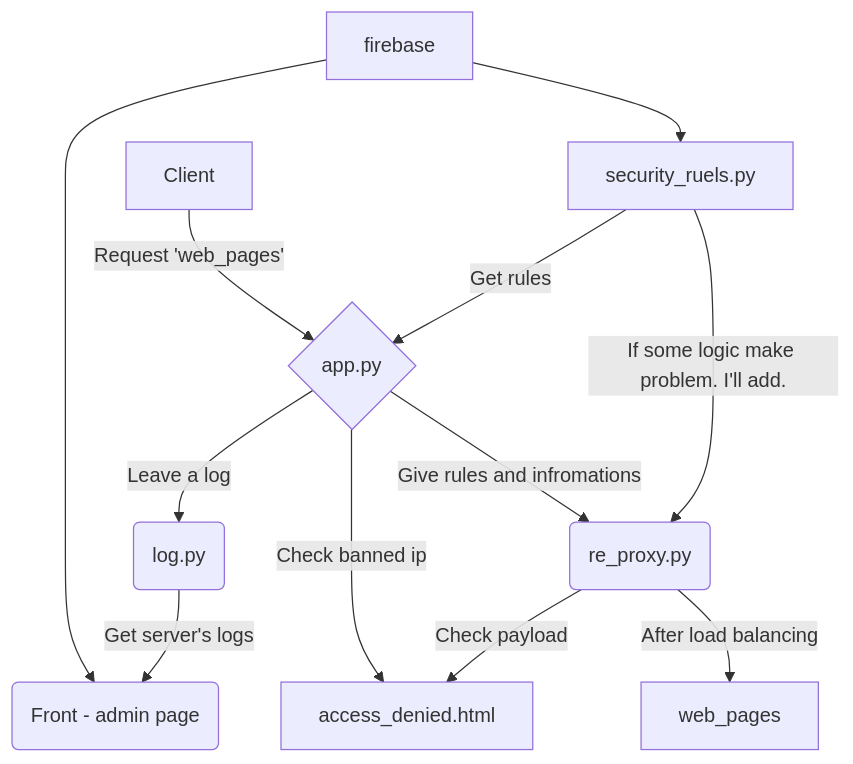
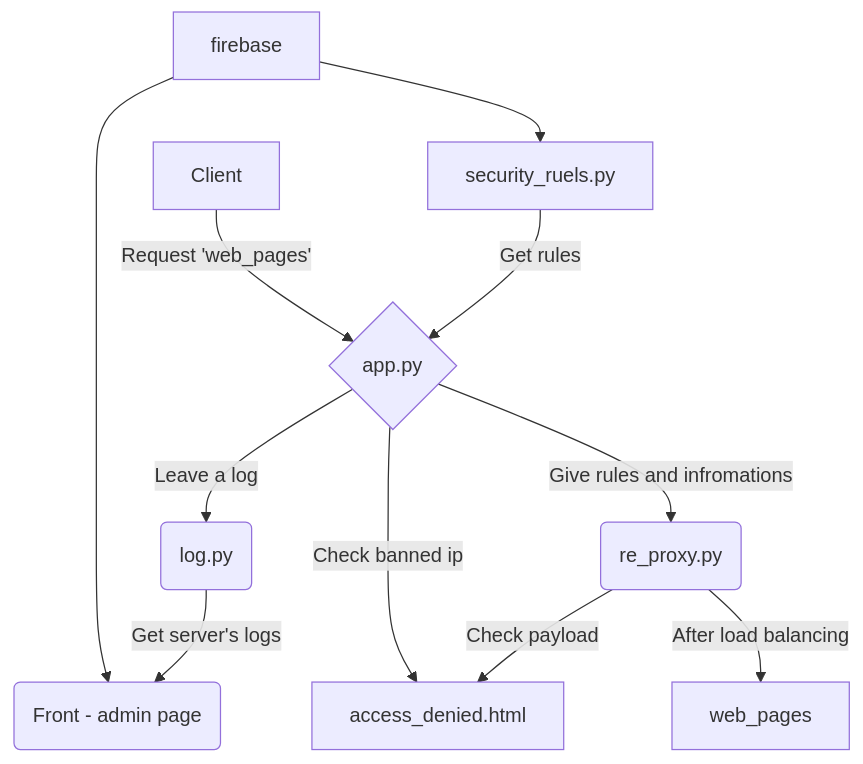
One commit to OnebinYoo/capstone changed the diagram in README.md. Above: the diagram before and after it, drawn with Mermaid.

````diff
--- a/README.md
+++ b/README.md
@@ -16,14 +16,13 @@
 ```mermaid
 graph TD;
     A[security_ruels.py]-->|Get rules| B{app.py};
     B --> |Leave a log| C(log.py);
     B --> |Check banned ip| E;
     B --> |Give rules and infromations| D(re_proxy.py);
     D --> |Check payload| E[access_denied.html];
     D --> |After load balancing| F[web_pages];
     G[Client] --> |Request 'web_pages'| B;
     C -->|Get server's logs| H(Front - admin page);
     I[firebase] --> H;
     I --> A;
-    A -->|If some logic make problem. I'll add.| D;
 ```
````
